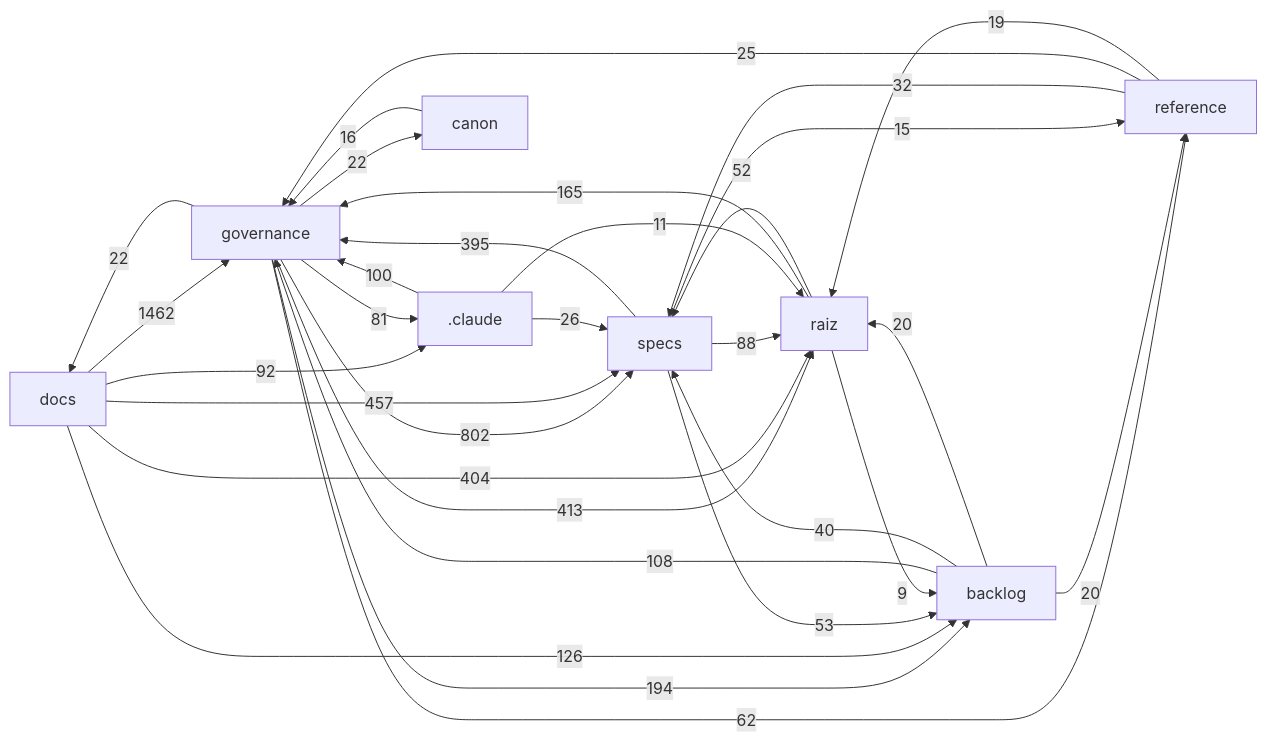
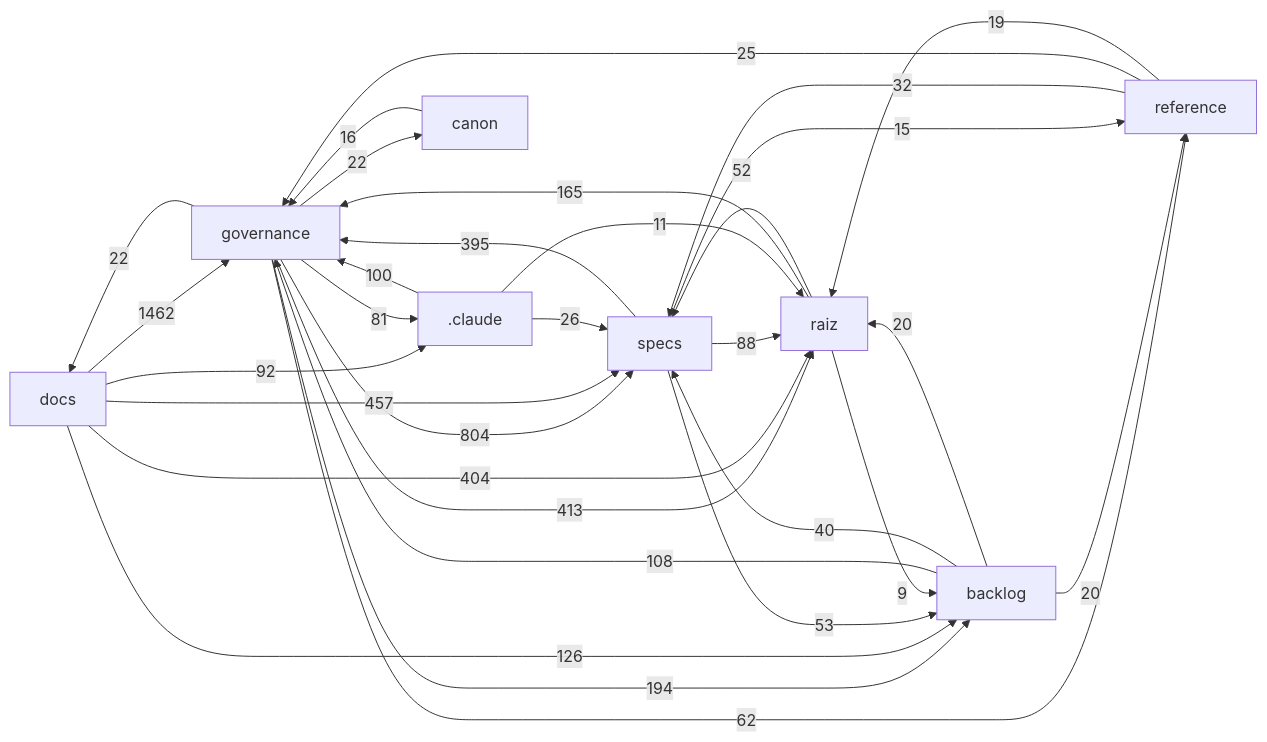
The diagram in docs/mapa/MAPA-PROJETO.md (Andraus35/Sistema-Operacional-de-Trading--SOT), drawn with Mermaid before and after one commit. The commit also changed other lines of this file and 5 other files, not shown here.

````diff
--- a/docs/mapa/MAPA-PROJETO.md
+++ b/docs/mapa/MAPA-PROJETO.md
@@ -29,33 +29,33 @@
 ```mermaid
 flowchart LR
   docs["docs"] -->|1462| governance["governance"]
-  governance["governance"] -->|802| specs["specs"]
+  governance["governance"] -->|804| specs["specs"]
   docs["docs"] -->|457| specs["specs"]
   governance["governance"] -->|413| raiz["raiz"]
   docs["docs"] -->|404| raiz["raiz"]
   specs["specs"] -->|395| governance["governance"]
   governance["governance"] -->|194| backlog["backlog"]
   raiz["raiz"] -->|165| governance["governance"]
   docs["docs"] -->|126| backlog["backlog"]
   backlog["backlog"] -->|108| governance["governance"]
   _claude[".claude"] -->|100| governance["governance"]
   docs["docs"] -->|92| _claude[".claude"]
   specs["specs"] -->|88| raiz["raiz"]
   governance["governance"] -->|81| _claude[".claude"]
   governance["governance"] -->|62| reference["reference"]
   specs["specs"] -->|53| backlog["backlog"]
   raiz["raiz"] -->|52| specs["specs"]
   backlog["backlog"] -->|40| specs["specs"]
   reference["reference"] -->|32| specs["specs"]
   _claude[".claude"] -->|26| specs["specs"]
   reference["reference"] -->|25| governance["governance"]
   governance["governance"] -->|22| docs["docs"]
   governance["governance"] -->|22| canon["canon"]
   backlog["backlog"] -->|20| raiz["raiz"]
   backlog["backlog"] -->|20| reference["reference"]
   reference["reference"] -->|19| raiz["raiz"]
   canon["canon"] -->|16| governance["governance"]
   specs["specs"] -->|15| reference["reference"]
   _claude[".claude"] -->|11| raiz["raiz"]
   raiz["raiz"] -->|9| backlog["backlog"]
 ```
````
